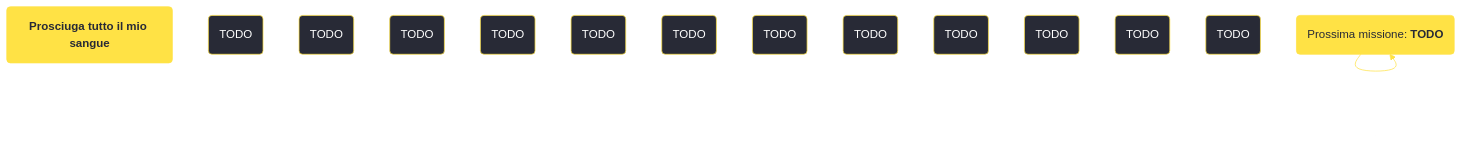
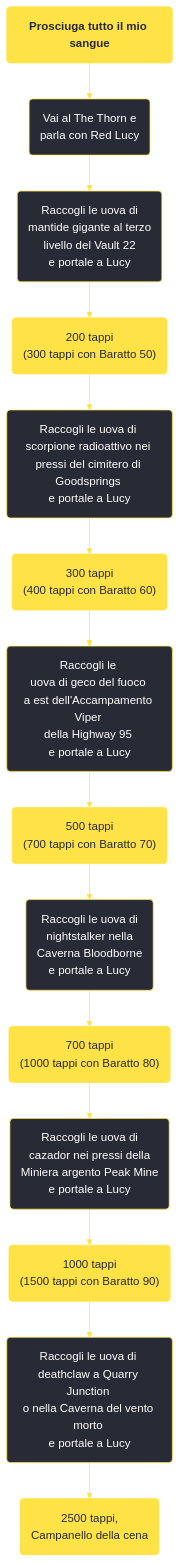
Before and after one commit to persy/wastelander: the diagram in content/voci/fallout new vegas/missioni/Prosciuga tutto il mio sangue.md, drawn with Mermaid. The commit also changed 174 other files, not shown here.

````diff
--- a/content/voci/fallout new vegas/missioni/Prosciuga tutto il mio sangue.md
+++ b/content/voci/fallout new vegas/missioni/Prosciuga tutto il mio sangue.md
@@ -32,24 +32,24 @@
 ```mermaid
 %%{init: {'theme': 'base', 'themeVariables': { 'primaryColor': '#282a36', 'primaryBorderColor': '#ffe245', 'primaryTextColor': '#fff', 'lineColor': '#ffe245', 'fontFamily': 'Jura'}}}%%
 graph TD;
     id1(<b>Prosciuga tutto il mio sangue</b>):::questfnv
-    id2(TODO)
-    id3(TODO)
-    id4(TODO)
-    id5(TODO)
-    id6(TODO)
-    id7(TODO) 
-    id8(TODO)
-    id9(TODO)
-    id10(TODO)
-    id11(TODO)
-    id12(TODO)
-    id13(TODO) 
-    id(TODO):::rewardfnv
-    id(Prossima missione: <b>TODO</b>):::questfnv
-    id-->id-->id-->id-->id-->id-->id
+    id2(Vai al The Thorn e <br />parla con Red Lucy)
+    id3(Raccogli le uova di <br />mantide gigante al terzo <br />livello del Vault 22 <br />e portale a Lucy)
+    id4("200 tappi <br />(300 tappi con Baratto 50)"):::rewardfnv
+    id5(Raccogli le uova di <br />scorpione radioattivo nei <br />pressi del cimitero di Goodsprings <br />e portale a Lucy)
+    id6("300 tappi <br />(400 tappi con Baratto 60)"):::rewardfnv
+    id7(Raccogli le <br />uova di geco del fuoco <br />a est dell'Accampamento Viper <br />della Highway 95 <br />e portale a Lucy) 
+    id8("500 tappi <br />(700 tappi con Baratto 70)"):::rewardfnv
+    id9(Raccogli le uova di <br />nightstalker nella <br />Caverna Bloodborne<br />e portale a Lucy)
+    id10("700 tappi <br />(1000 tappi con Baratto 80)"):::rewardfnv
+    id11(Raccogli le uova di <br />cazador nei pressi della <br />Miniera argento Peak Mine <br />e portale a Lucy)
+    id12("1000 tappi <br />(1500 tappi con Baratto 90)"):::rewardfnv
+    id13(Raccogli le uova di <br />deathclaw a Quarry Junction <br />o nella Caverna del vento morto <br />e portale a Lucy) 
+    id14(2500 tappi, <br />Campanello della cena):::rewardfnv
+
+    id1-->id2-->id3-->id4-->id5-->id6-->id7-->id8-->id9-->id10-->id11-->id12-->id13-->id14
     
-    click id "../TODO"
+    
     classDef rewardfnv fill:#ffe245, stroke:#ffe245, color:#282a36;
     classDef questfnv fill:#ffe245, stroke:#ffe245, color:#282a36;
 ```
````
